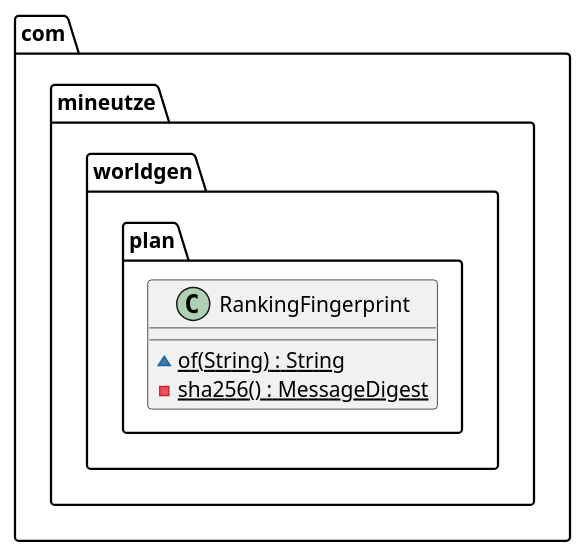
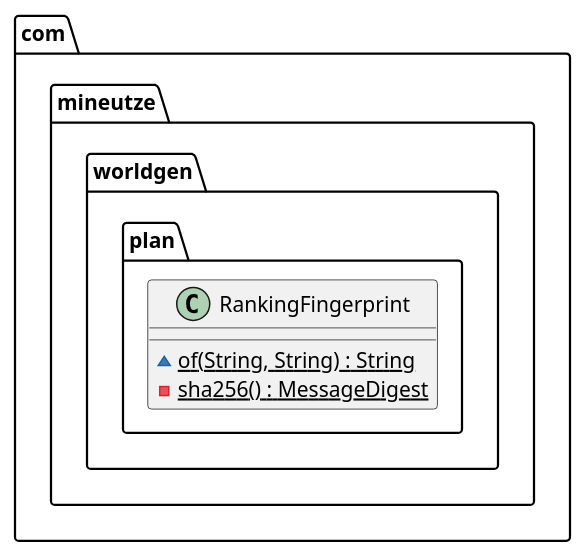
Before and after one commit to Boulede987/Mine-Utz: the diagram in companion-mods/mineutze-worldgen/doc/Modelisation/Fragments-Full/com/mineutze/worldgen/plan/RankingFingerprint.puml, drawn with PlantUML. The commit also changed 31 other files, not shown here.

Commit message:
docs(worldgen): regenerate class diagrams for ranking that follows the graph

```diff
--- a/companion-mods/mineutze-worldgen/doc/Modelisation/Fragments-Full/com/mineutze/worldgen/plan/RankingFingerprint.puml
+++ b/companion-mods/mineutze-worldgen/doc/Modelisation/Fragments-Full/com/mineutze/worldgen/plan/RankingFingerprint.puml
@@ -1,6 +1,6 @@
 namespace com.mineutze.worldgen.plan {
 class RankingFingerprint {
-  ~ {static} of(String) : String
+  ~ {static} of(String, String) : String
   - {static} sha256() : MessageDigest
 }
 }
```
